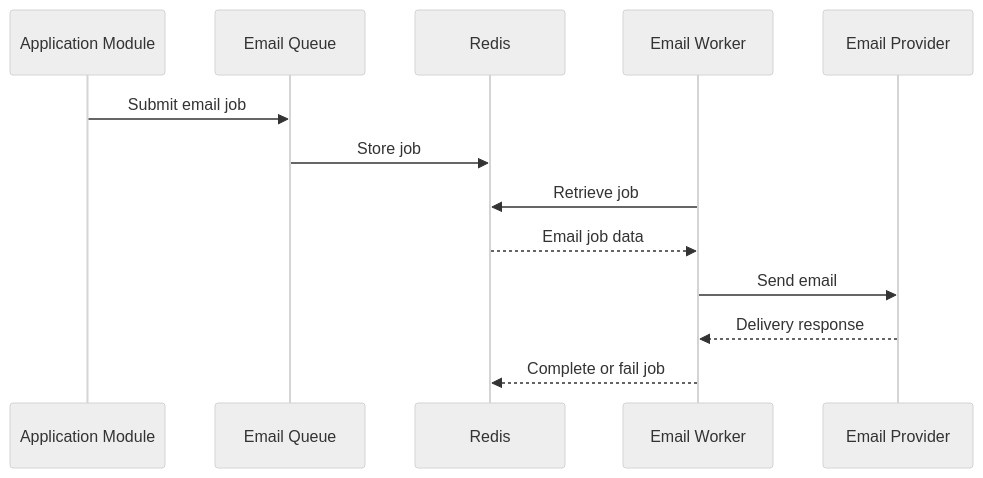
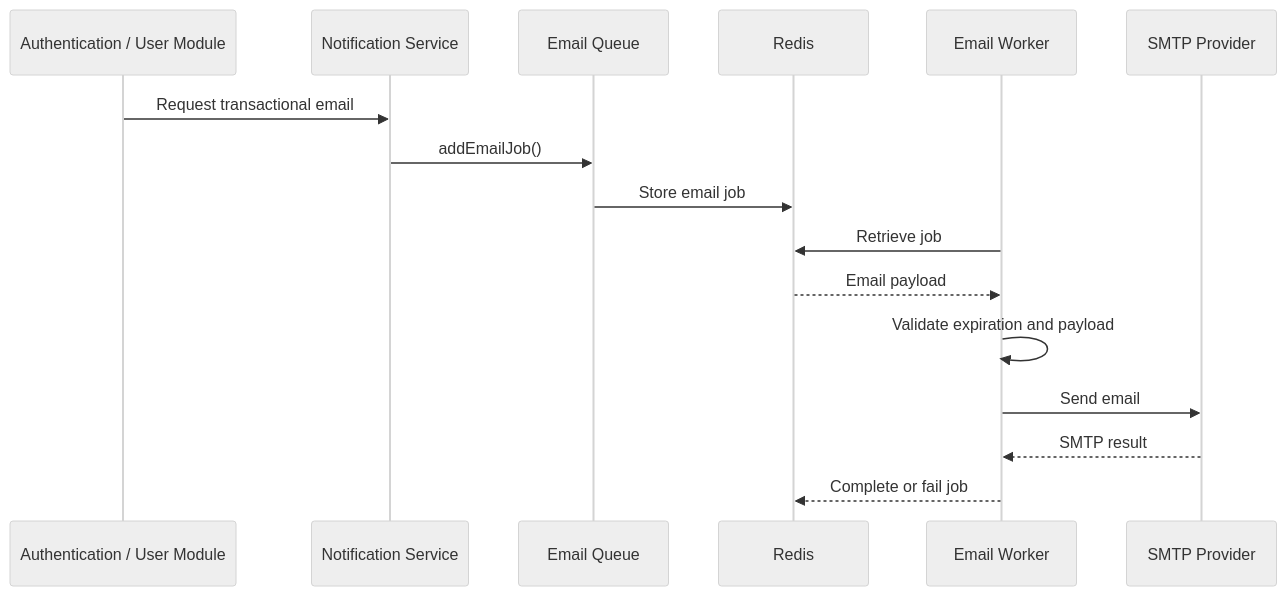
The second of 5 diagrams in docs/operations/background-jobs.md (Afzal14786/writespace), drawn with Mermaid (neutral theme) before and after one commit. The commit also changed other lines of this file, not shown here.

Commit message:
docs(operations): document notification background workers

````diff
--- a/docs/operations/background-jobs.md
+++ b/docs/operations/background-jobs.md
@@ -172,16 +246,19 @@
 ```mermaid
 sequenceDiagram
-    participant Module as Application Module
+    participant Module as Authentication / User Module
+    participant Service as Notification Service
     participant Queue as Email Queue
     participant Redis
     participant Worker as Email Worker
-    participant Provider as Email Provider
+    participant SMTP as SMTP Provider
 
-    Module->>Queue: Submit email job
-    Queue->>Redis: Store job
+    Module->>Service: Request transactional email
+    Service->>Queue: addEmailJob()
+    Queue->>Redis: Store email job
     Worker->>Redis: Retrieve job
-    Redis-->>Worker: Email job data
-    Worker->>Provider: Send email
-    Provider-->>Worker: Delivery response
+    Redis-->>Worker: Email payload
+    Worker->>Worker: Validate expiration and payload
+    Worker->>SMTP: Send email
+    SMTP-->>Worker: SMTP result
     Worker-->>Redis: Complete or fail job
 ```
````
